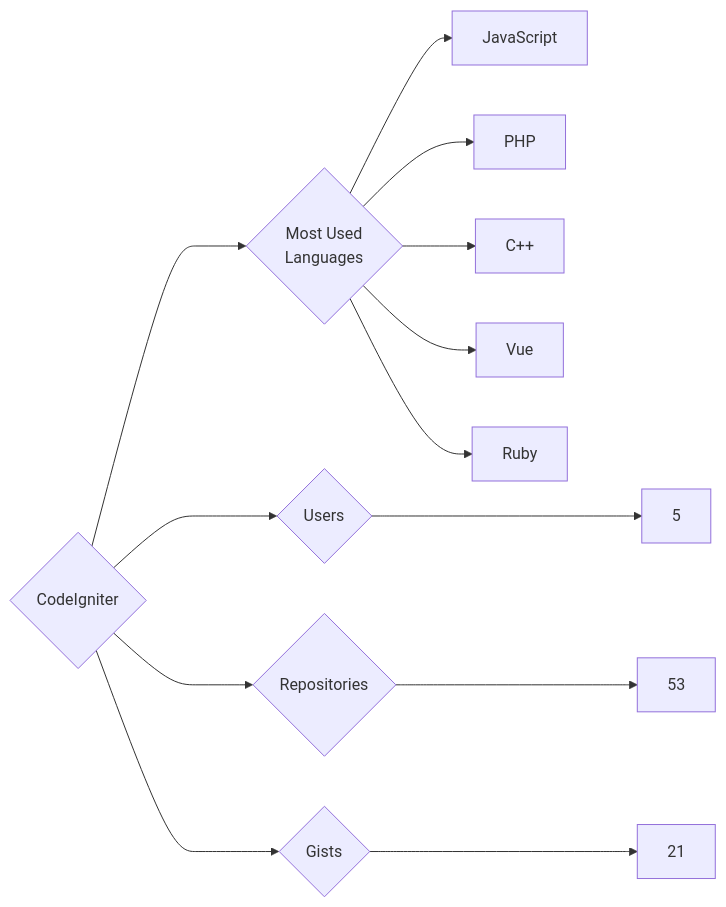
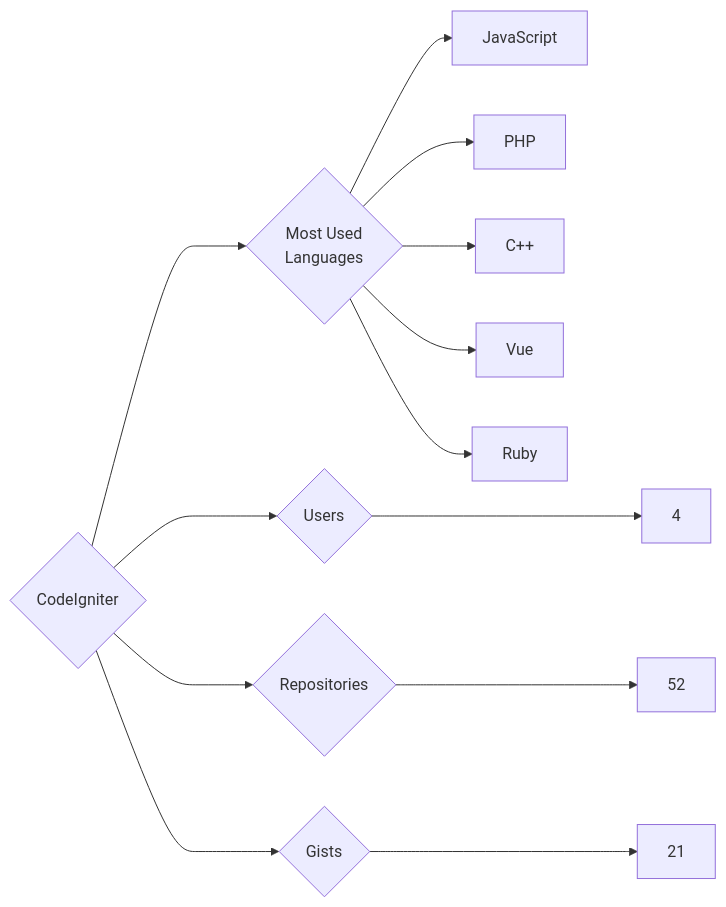
One commit to trickest/insiders changed the diagram in targets/CodeIgniter/README.md. Above: the diagram before and after it, drawn with Mermaid. The commit also changed 951 other files, not shown here.

````diff
--- a/targets/CodeIgniter/README.md
+++ b/targets/CodeIgniter/README.md
@@ -3,13 +3,13 @@
 ```mermaid
 graph LR
 COMPANY_NAME{CodeIgniter}
-COMPANY_NAME ---> U{Users} ---> UN[5]
-COMPANY_NAME ---> R{Repositories} ---> RN[53]
+COMPANY_NAME ---> U{Users} ---> UN[4]
+COMPANY_NAME ---> R{Repositories} ---> RN[52]
 COMPANY_NAME ---> G{Gists} ---> GN[21]
 COMPANY_NAME ---> ML{Most Used<br>Languages}
-ML --> JavaScript
-ML --> PHP
-ML --> C++
-ML --> Vue
-ML --> Ruby
+ML --> JavaScript[JavaScript]
+ML --> PHP[PHP]
+ML --> C++[C++]
+ML --> Vue[Vue]
+ML --> Ruby[Ruby]
 ```
````
